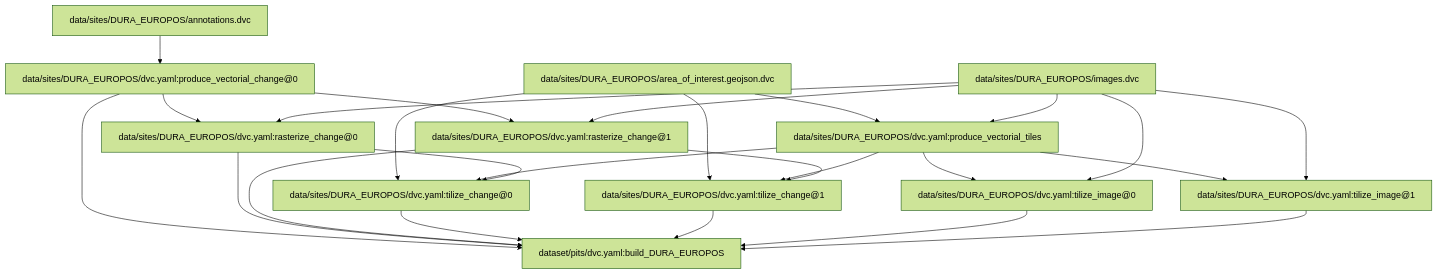
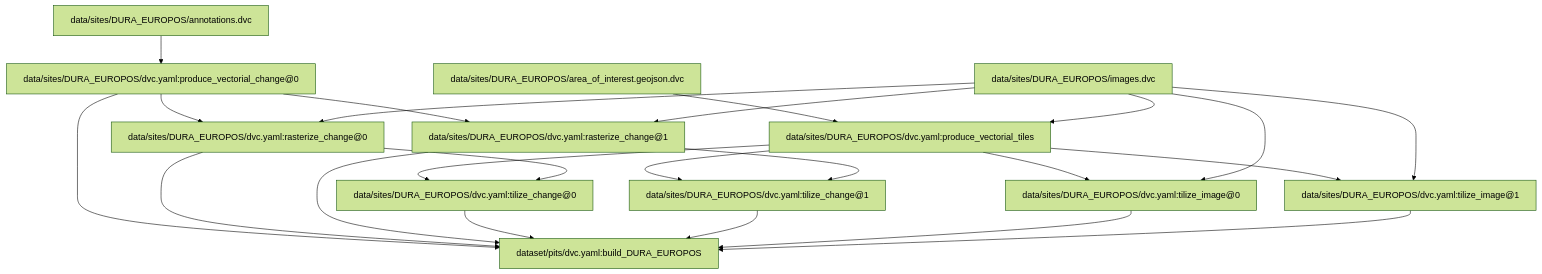
One commit to IIT-CCHT/alceo changed the diagram in docs/DVC.md. Above: the diagram before and after it, drawn with Mermaid (forest theme). The commit also changed other lines of this file and 2 other files, not shown here.

Commit message:
remove reference to areas_of_interest.geojson

````diff
--- a/docs/DVC.md
+++ b/docs/DVC.md
@@ -96,39 +96,37 @@
 ```mermaid
 flowchart TD
         node1["data/sites/DURA_EUROPOS/annotations.dvc"]
         node2["data/sites/DURA_EUROPOS/area_of_interest.geojson.dvc"]
         node3["data/sites/DURA_EUROPOS/dvc.yaml:produce_vectorial_change@0"]
         node4["data/sites/DURA_EUROPOS/dvc.yaml:produce_vectorial_tiles"]
         node5["data/sites/DURA_EUROPOS/dvc.yaml:rasterize_change@0"]
         node6["data/sites/DURA_EUROPOS/dvc.yaml:rasterize_change@1"]
         node7["data/sites/DURA_EUROPOS/dvc.yaml:tilize_change@0"]
         node8["data/sites/DURA_EUROPOS/dvc.yaml:tilize_change@1"]
         node9["data/sites/DURA_EUROPOS/dvc.yaml:tilize_image@0"]
         node10["data/sites/DURA_EUROPOS/dvc.yaml:tilize_image@1"]
         node11["data/sites/DURA_EUROPOS/images.dvc"]
         node12["dataset/pits/dvc.yaml:build_DURA_EUROPOS"]
         node1-->node3
         node2-->node4
-        node2-->node7
-        node2-->node8
         node3-->node5
         node3-->node6
         node3-->node12
         node4-->node7
         node4-->node8
         node4-->node9
         node4-->node10
         node5-->node7
         node5-->node12
         node6-->node8
         node6-->node12
         node7-->node12
         node8-->node12
         node9-->node12
         node10-->node12
         node11-->node4
         node11-->node5
         node11-->node6
         node11-->node9
         node11-->node10
 ```
````
